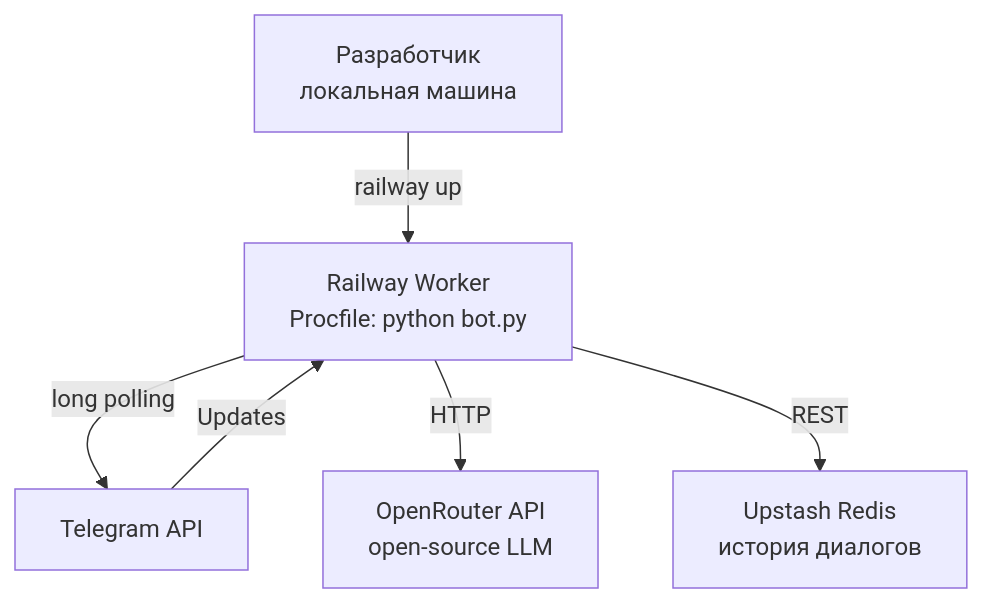
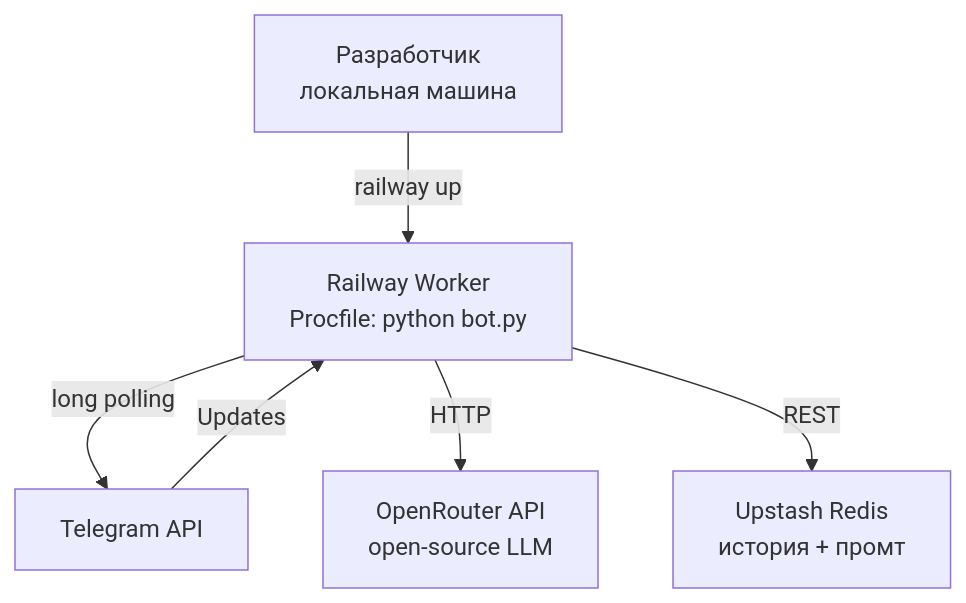
One commit to FreeZaRUS/telegram-secretary changed the third of 3 diagrams in README.md. Above: the diagram before and after it, drawn with Mermaid. The commit also changed other lines of this file, not shown here.

````diff
--- a/README.md
+++ b/README.md
@@ -52,8 +52,8 @@
 ```mermaid
 graph TD
     Dev[Разработчик\nлокальная машина] -->|railway up| RW[Railway Worker\nProcfile: python bot.py]
     RW -->|long polling| TG[Telegram API]
     RW -->|HTTP| OR[OpenRouter API\nоpen-source LLM]
-    RW -->|REST| RD[Upstash Redis\nистория диалогов]
+    RW -->|REST| RD[Upstash Redis\nистория + промт]
     TG -->|Updates| RW
 ```
````
